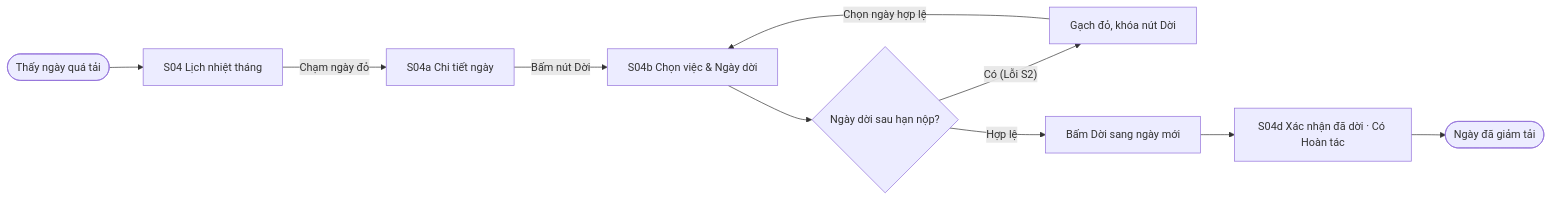
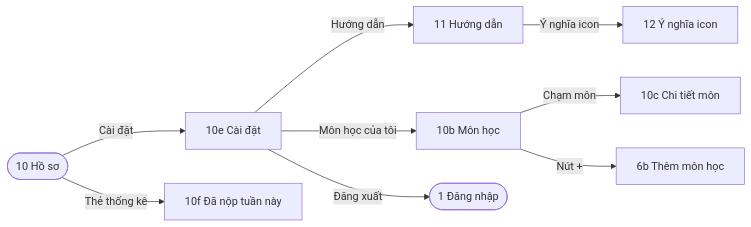
Diagram 12 of 17 in ux/user-flow.md (FU-PRM-Projects/prm393-lab2-group9), drawn with Mermaid before and after one commit. The commit also changed other lines of this file and 7 other files, not shown here.

Commit message:
docs: align flows, screens, tokens and handoff with Figma

````diff
--- a/ux/user-flow.md
+++ b/ux/user-flow.md
@@ -191,12 +387,11 @@
 ```mermaid
 flowchart LR
-  A([Thấy ngày quá tải]) --> B["S04 Lịch nhiệt tháng"]
-  B -- Chạm ngày đỏ --> C["S04a Chi tiết ngày"]
-  C -- Bấm nút Dời --> D["S04b Chọn việc & Ngày dời"]
-  D --> E{"Ngày dời sau hạn nộp?"}
-  E -- Có (Lỗi S2) --> F["Gạch đỏ, khóa nút Dời"]
-  F -- Chọn ngày hợp lệ --> D
-  E -- Hợp lệ --> G["Bấm Dời sang ngày mới"]
-  G --> H["S04d Xác nhận đã dời · Có Hoàn tác"]
-  H --> I([Ngày đã giảm tải])
+  P(["10 Hồ sơ"]) -- Cài đặt --> C["10e Cài đặt"]
+  P -- Thẻ thống kê --> W["10f Đã nộp tuần này"]
+  C -- Hướng dẫn --> G["11 Hướng dẫn"]
+  G -- Ý nghĩa icon --> I["12 Ý nghĩa icon"]
+  C -- Môn học của tôi --> M["10b Môn học"]
+  M -- Chạm môn --> MD["10c Chi tiết môn"]
+  M -- Nút + --> A["6b Thêm môn học"]
+  C -- Đăng xuất --> L(["1 Đăng nhập"])
 ```
````
